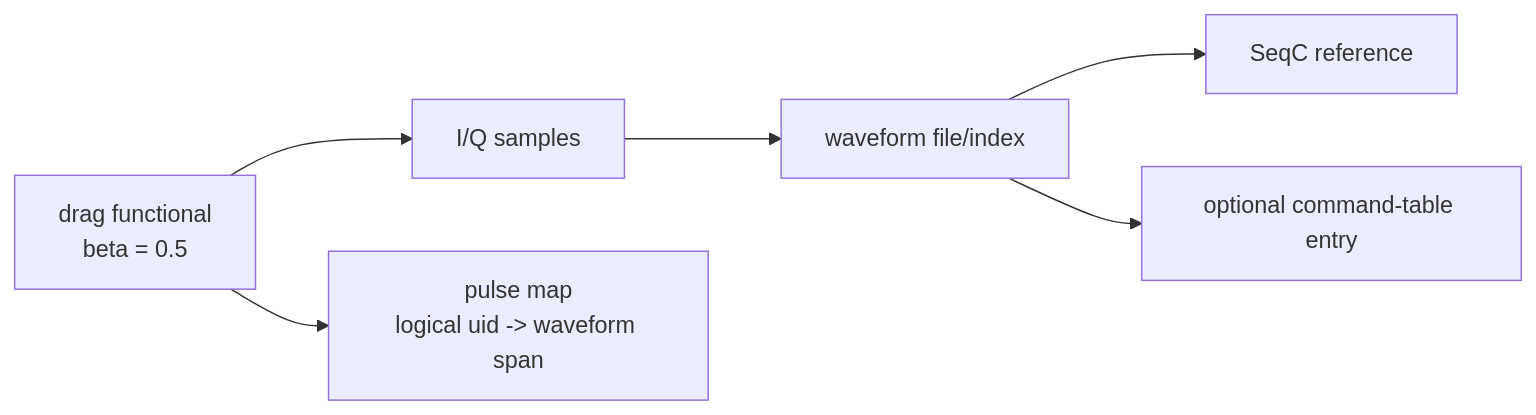
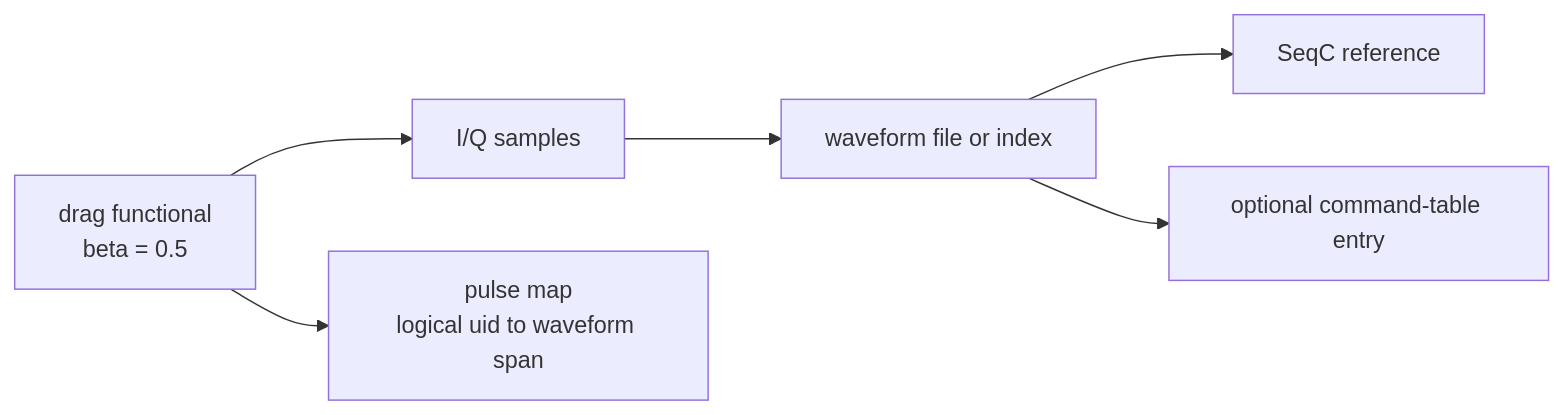
Before and after one commit to brianzi/laboneq-devguide: the fifth of 5 diagrams in docs/07b-pulse-functionals-and-sweeps.md, drawn with Mermaid. The commit also changed other lines of this file, not shown here.

Commit message:
Clarify pulse sampling compiler boundary

````diff
--- a/docs/07b-pulse-functionals-and-sweeps.md
+++ b/docs/07b-pulse-functionals-and-sweeps.md
@@ -164,8 +176,8 @@
 ```mermaid
 graph LR
-    Functional[drag functional\nbeta = 0.5] --> Samples[I/Q samples]
-    Samples --> Wave[waveform file/index]
-    Wave --> SeqC[SeqC reference]
-    Wave --> CT[optional command-table entry]
-    Functional --> PulseMap[pulse map\nlogical uid -> waveform span]
+    Functional["drag functional<br/>beta = 0.5"] --> Samples["I/Q samples"]
+    Samples --> Wave["waveform file or index"]
+    Wave --> SeqC["SeqC reference"]
+    Wave --> CT["optional command-table entry"]
+    Functional --> PulseMap["pulse map<br/>logical uid to waveform span"]
 ```
````
